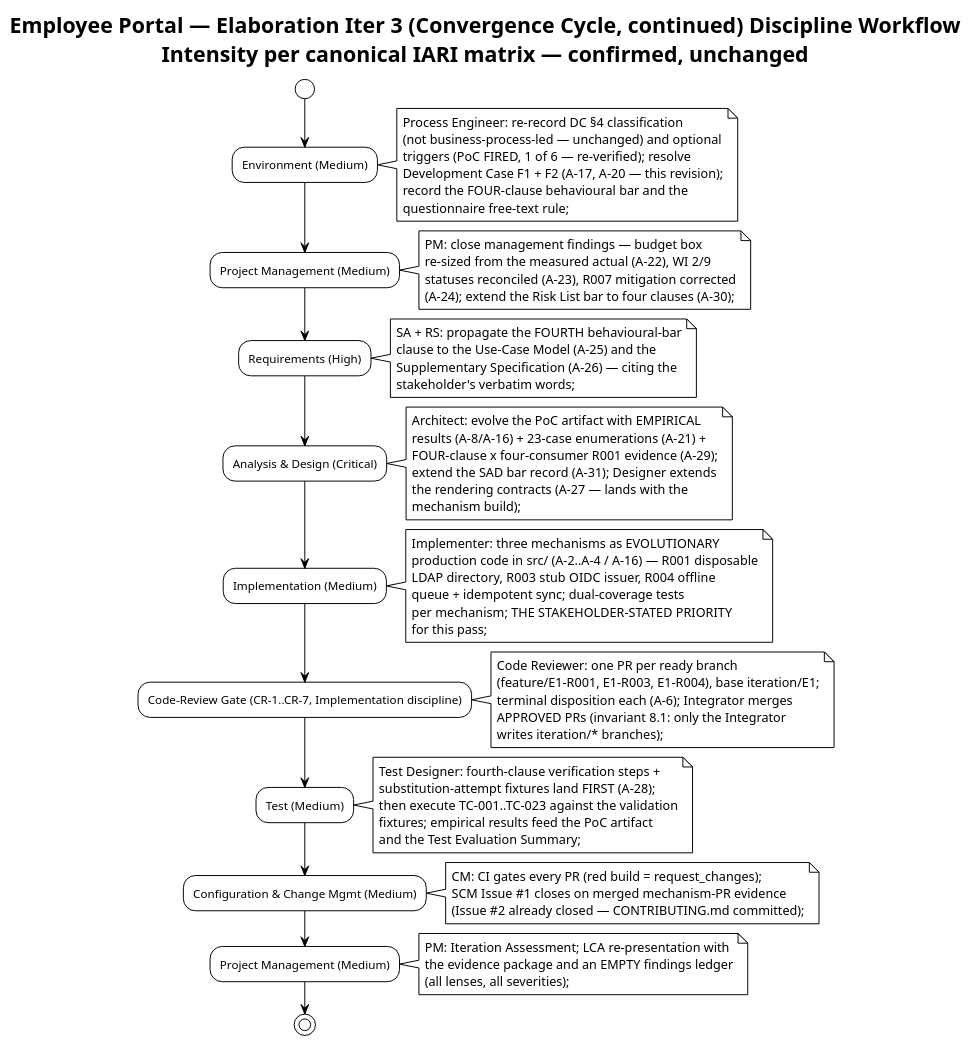
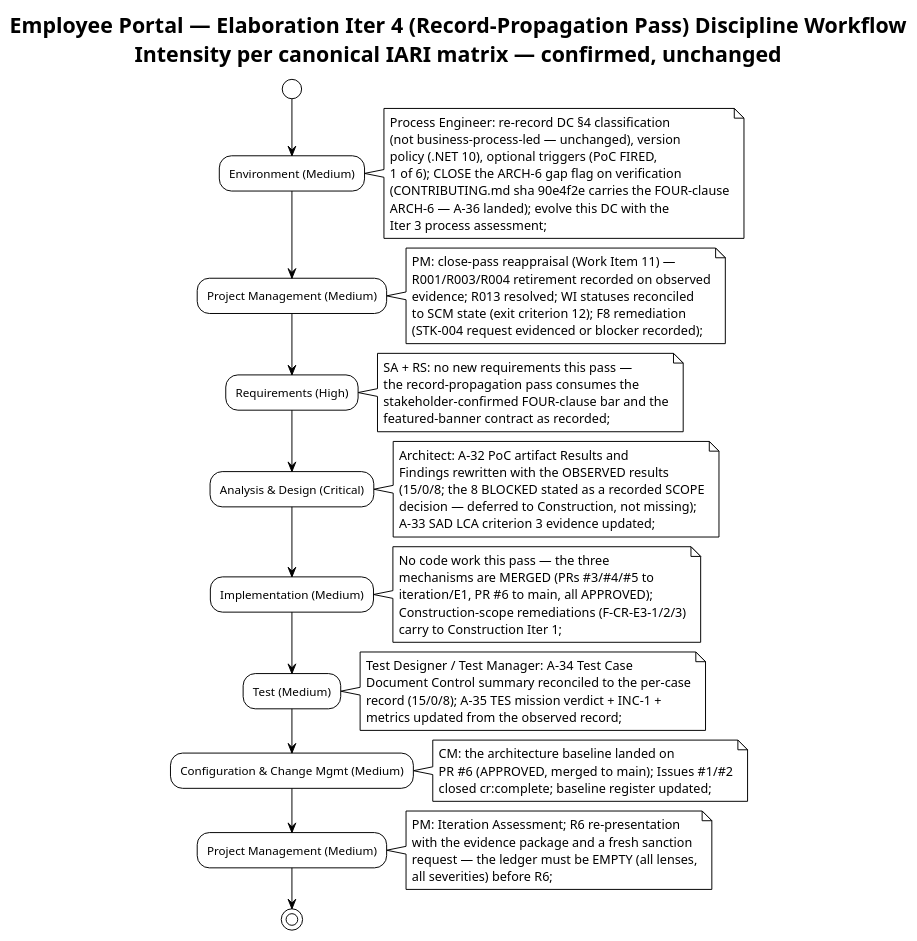
Before and after one commit to banense-test/employee-portal: the first of 4 diagrams in docs/artifacts/environment/development-case.md, drawn with PlantUML. The commit also changed other lines of this file, not shown here.

First line of the commit message:
Process Engineer [E4]: upsert Development Case

````diff
--- a/docs/artifacts/environment/development-case.md
+++ b/docs/artifacts/environment/development-case.md
@@ -57,27 +57,25 @@
 ```plantuml
 @startuml
 !theme plain
-title Employee Portal — Elaboration Iter 3 (Convergence Cycle, continued) Discipline Workflow\nIntensity per canonical IARI matrix — confirmed, unchanged
+title Employee Portal — Elaboration Iter 4 (Record-Propagation Pass) Discipline Workflow\nIntensity per canonical IARI matrix — confirmed, unchanged
 
 start
 :Environment (Medium);
-note right: Process Engineer: re-record DC §4 classification\n(not business-process-led — unchanged) and optional\ntriggers (PoC FIRED, 1 of 6 — re-verified); resolve\nDevelopment Case F1 + F2 (A-17, A-20 — this revision);\nrecord the FOUR-clause behavioural bar and the\nquestionnaire free-text rule;
+note right: Process Engineer: re-record DC §4 classification\n(not business-process-led — unchanged), version\npolicy (.NET 10), optional triggers (PoC FIRED,\n1 of 6); CLOSE the ARCH-6 gap flag on verification\n(CONTRIBUTING.md sha 90e4f2e carries the FOUR-clause\nARCH-6 — A-36 landed); evolve this DC with the\nIter 3 process assessment;
 :Project Management (Medium);
-note right: PM: close management findings — budget box\nre-sized from the measured actual (A-22), WI 2/9\nstatuses reconciled (A-23), R007 mitigation corrected\n(A-24); extend the Risk List bar to four clauses (A-30);
+note right: PM: close-pass reappraisal (Work Item 11) —\nR001/R003/R004 retirement recorded on observed\nevidence; R013 resolved; WI statuses reconciled\nto SCM state (exit criterion 12); F8 remediation\n(STK-004 request evidenced or blocker recorded);
 :Requirements (High);
-note right: SA + RS: propagate the FOURTH behavioural-bar\nclause to the Use-Case Model (A-25) and the\nSupplementary Specification (A-26) — citing the\nstakeholder's verbatim words;
+note right: SA + RS: no new requirements this pass —\nthe record-propagation pass consumes the\nstakeholder-confirmed FOUR-clause bar and the\nfeatured-banner contract as recorded;
 :Analysis & Design (Critical);
-note right: Architect: evolve the PoC artifact with EMPIRICAL\nresults (A-8/A-16) + 23-case enumerations (A-21) +\nFOUR-clause x four-consumer R001 evidence (A-29);\nextend the SAD bar record (A-31); Designer extends\nthe rendering contracts (A-27 — lands with the\nmechanism build);
+note right: Architect: A-32 PoC artifact Results and\nFindings rewritten with the OBSERVED results\n(15/0/8; the 8 BLOCKED stated as a recorded SCOPE\ndecision — deferred to Construction, not missing);\nA-33 SAD LCA criterion 3 evidence updated;
 :Implementation (Medium);
-note right: Implementer: three mechanisms as EVOLUTIONARY\nproduction code in src/ (A-2..A-4 / A-16) — R001 disposable\nLDAP directory, R003 stub OIDC issuer, R004 offline\nqueue + idempotent sync; dual-coverage tests\nper mechanism; THE STAKEHOLDER-STATED PRIORITY\nfor this pass;
-:Code-Review Gate (CR-1..CR-7, Implementation discipline);
-note right: Code Reviewer: one PR per ready branch\n(feature/E1-R001, E1-R003, E1-R004), base iteration/E1;\nterminal disposition each (A-6); Integrator merges\nAPPROVED PRs (invariant 8.1: only the Integrator\nwrites iteration/* branches);
+note right: No code work this pass — the three\nmechanisms are MERGED (PRs #3/#4/#5 to\niteration/E1, PR #6 to main, all APPROVED);\nConstruction-scope remediations (F-CR-E3-1/2/3)\ncarry to Construction Iter 1;
 :Test (Medium);
-note right: Test Designer: fourth-clause verification steps +\nsubstitution-attempt fixtures land FIRST (A-28);\nthen execute TC-001..TC-023 against the validation\nfixtures; empirical results feed the PoC artifact\nand the Test Evaluation Summary;
+note right: Test Designer / Test Manager: A-34 Test Case\nDocument Control summary reconciled to the per-case\nrecord (15/0/8); A-35 TES mission verdict + INC-1 +\nmetrics updated from the observed record;
 :Configuration & Change Mgmt (Medium);
-note right: CM: CI gates every PR (red build = request_changes);\nSCM Issue #1 closes on merged mechanism-PR evidence\n(Issue #2 already closed — CONTRIBUTING.md committed);
+note right: CM: the architecture baseline landed on\nPR #6 (APPROVED, merged to main); Issues #1/#2\nclosed cr:complete; baseline register updated;
 :Project Management (Medium);
-note right: PM: Iteration Assessment; LCA re-presentation with\nthe evidence package and an EMPTY findings ledger\n(all lenses, all severities);
+note right: PM: Iteration Assessment; R6 re-presentation\nwith the evidence package and a fresh sanction\nrequest — the ledger must be EMPTY (all lenses,\nall severities) before R6;
 stop
 @enduml
 ```
````
